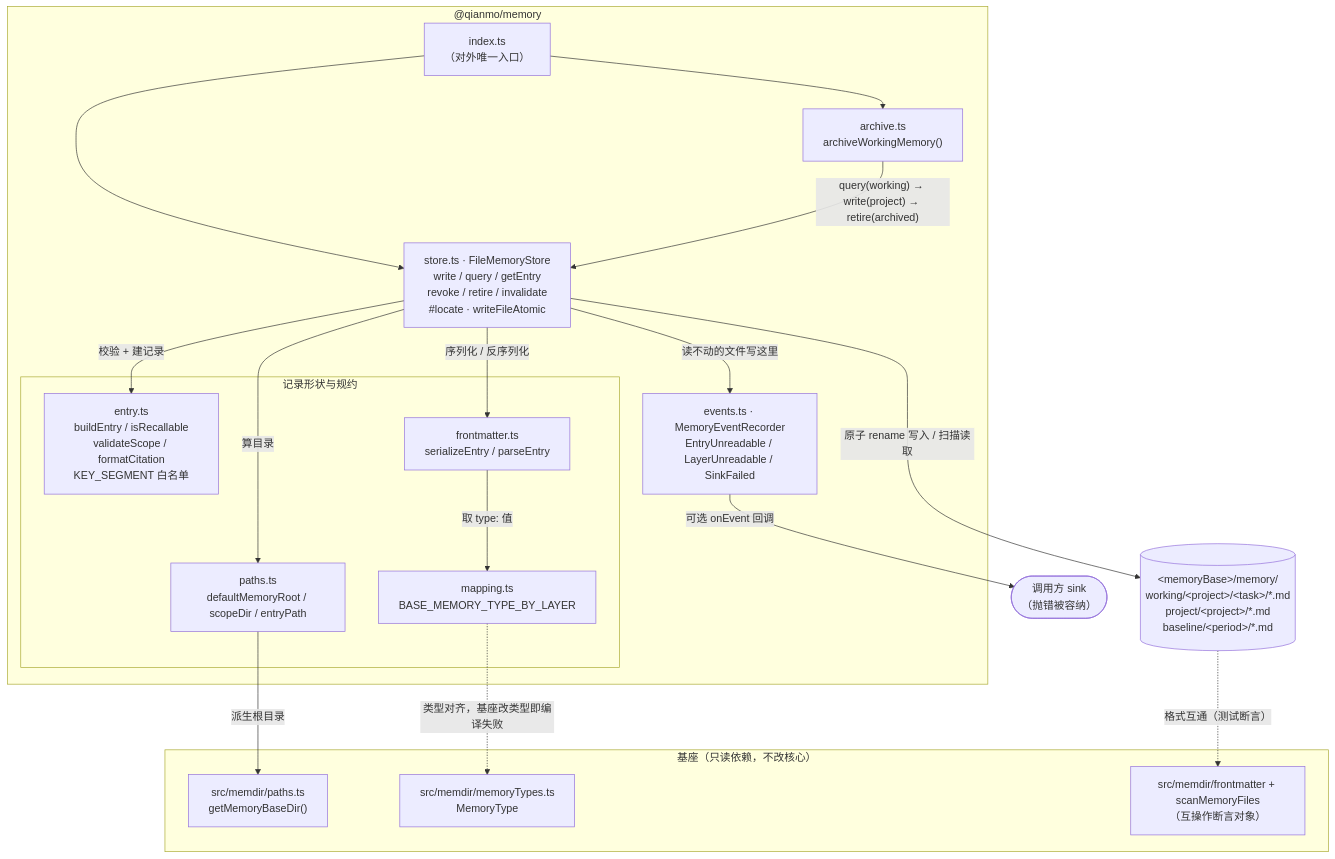
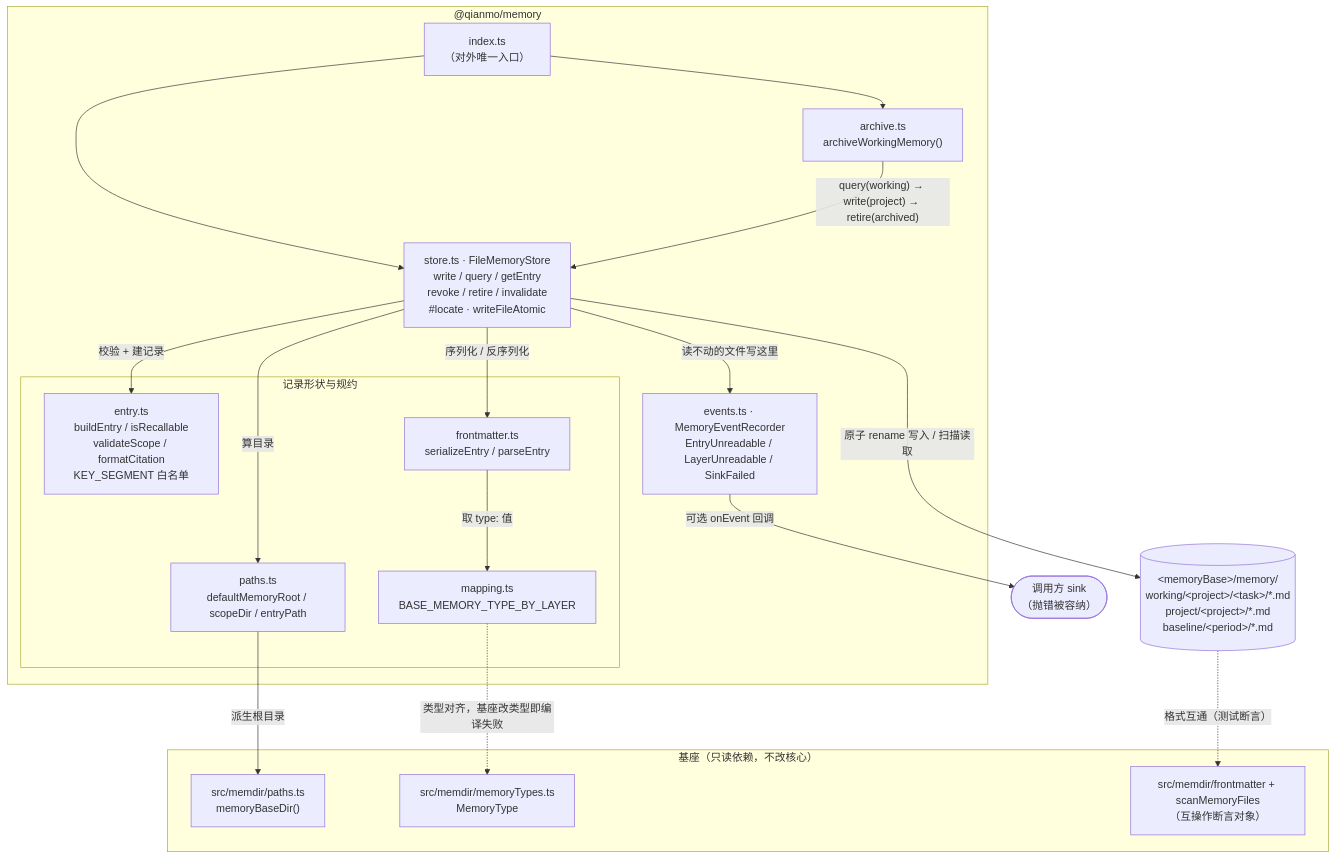
The diagram in atlas/packages/memory/README.md (sweetcornna/atlas), drawn with Mermaid before and after one commit. The commit also changed other lines of this file and 128 other files, not shown here.

````diff
--- a/atlas/packages/memory/README.md
+++ b/atlas/packages/memory/README.md
@@ -18,42 +18,42 @@
 ```mermaid
 flowchart TB
   subgraph base["基座（只读依赖，不改核心）"]
-    baseDir["src/memdir/paths.ts<br/>getMemoryBaseDir()"]
+    baseDir["src/memdir/paths.ts<br/>memoryBaseDir()"]
     baseType["src/memdir/memoryTypes.ts<br/>MemoryType"]
     baseScan["src/memdir/frontmatter + scanMemoryFiles<br/>（互操作断言对象）"]
   end
 
   subgraph pkg["@qianmo/memory"]
     index["index.ts<br/>（对外唯一入口）"]
 
     subgraph shape["记录形状与规约"]
       entry["entry.ts<br/>buildEntry / isRecallable<br/>validateScope / formatCitation<br/>KEY_SEGMENT 白名单"]
       mapping["mapping.ts<br/>BASE_MEMORY_TYPE_BY_LAYER"]
       frontmatter["frontmatter.ts<br/>serializeEntry / parseEntry"]
       paths["paths.ts<br/>defaultMemoryRoot / scopeDir / entryPath"]
     end
 
     store["store.ts · FileMemoryStore<br/>write / query / getEntry<br/>revoke / retire / invalidate<br/>#locate · writeFileAtomic"]
     archive["archive.ts<br/>archiveWorkingMemory()"]
     events["events.ts · MemoryEventRecorder<br/>EntryUnreadable / LayerUnreadable / SinkFailed"]
   end
 
   disk[("&lt;memoryBase&gt;/memory/<br/>working/&lt;project&gt;/&lt;task&gt;/*.md<br/>project/&lt;project&gt;/*.md<br/>baseline/&lt;period&gt;/*.md")]
 
   index --> store
   index --> archive
 
   store -->|"校验 + 建记录"| entry
   store -->|"算目录"| paths
   store -->|"序列化 / 反序列化"| frontmatter
   store -->|"读不动的文件写这里"| events
   store -->|"原子 rename 写入 / 扫描读取"| disk
 
   frontmatter -->|"取 type: 值"| mapping
   paths -->|"派生根目录"| baseDir
   mapping -.->|"类型对齐，基座改类型即编译失败"| baseType
   disk -.->|"格式互通（测试断言）"| baseScan
 
   archive -->|"query(working) → write(project) → retire(archived)"| store
   events -->|"可选 onEvent 回调"| sink(["调用方 sink<br/>（抛错被容纳）"])
 ```
````
